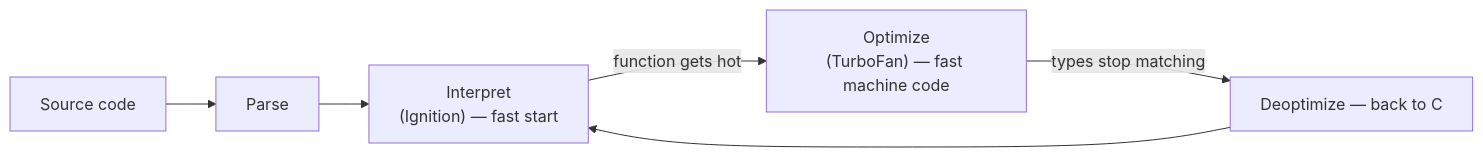
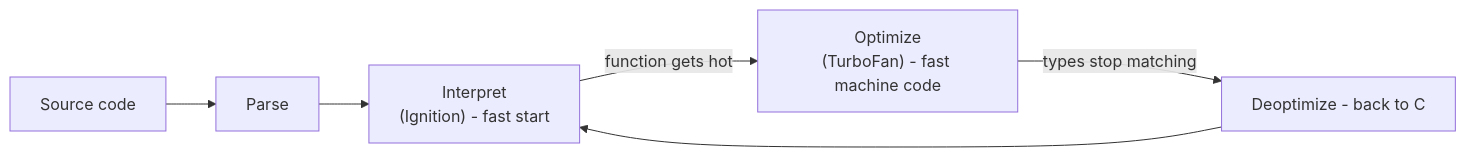
The diagram in guides/programming-languages/javascript-from-zero/16-performance-and-memory.md (Topurrra/themissingmanual), drawn with Mermaid before and after one commit. The commit also changed other lines of this file and 1072 other files, not shown here.

````diff
--- a/guides/programming-languages/javascript-from-zero/16-performance-and-memory.md
+++ b/guides/programming-languages/javascript-from-zero/16-performance-and-memory.md
@@ -26,8 +26,8 @@
 ```mermaid
 flowchart LR
   A[Source code] --> B[Parse]
-  B --> C["Interpret<br/>(Ignition) — fast start"]
-  C -->|function gets hot| D["Optimize<br/>(TurboFan) — fast machine code"]
-  D -->|types stop matching| E[Deoptimize — back to C]
+  B --> C["Interpret<br/>(Ignition) - fast start"]
+  C -->|function gets hot| D["Optimize<br/>(TurboFan) - fast machine code"]
+  D -->|types stop matching| E[Deoptimize - back to C]
   E --> C
 ```
````
